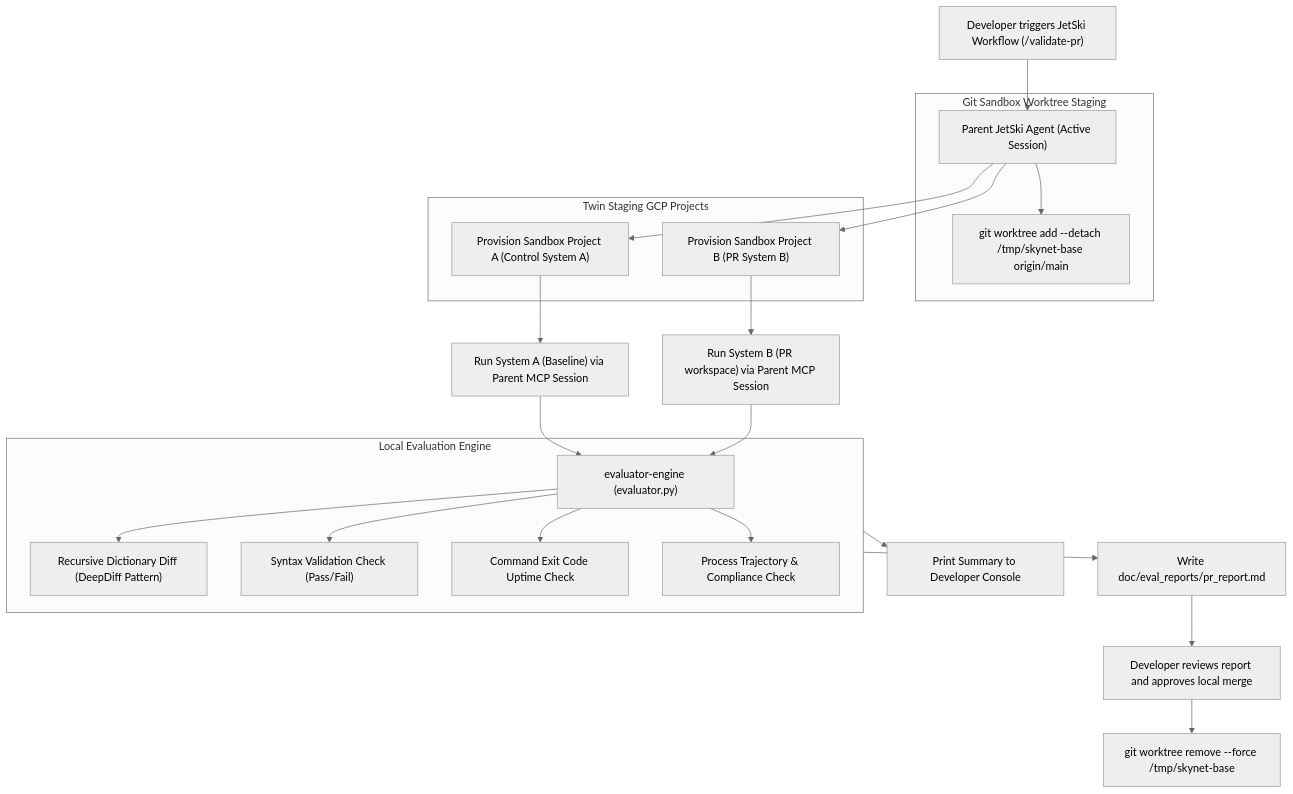
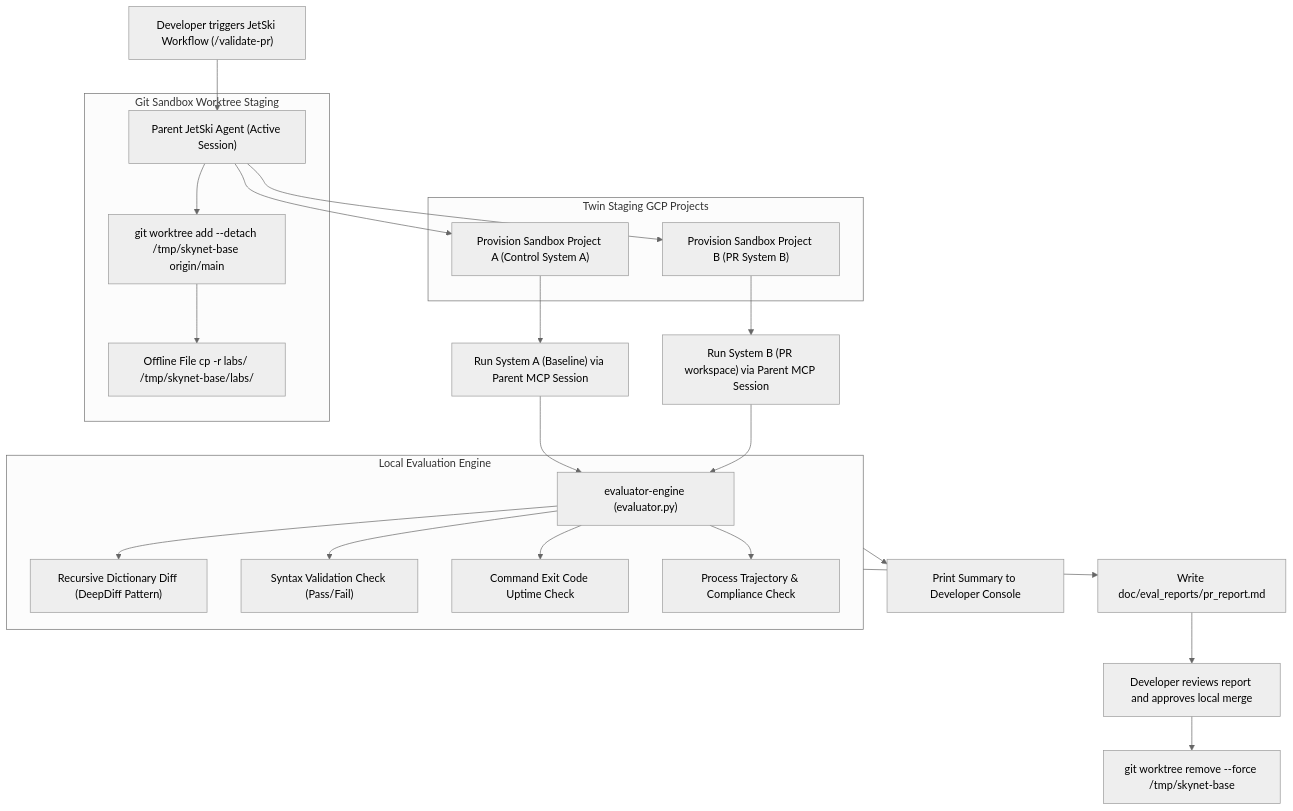
Before and after one commit to avnit/ce-skills: the diagram in doc/prompt_evaluation_system.md, drawn with Mermaid (neutral theme). The commit also changed other lines of this file, not shown here.

````diff
--- a/doc/prompt_evaluation_system.md
+++ b/doc/prompt_evaluation_system.md
@@ -24,33 +24,34 @@
 ```mermaid
 graph TD
     Developer["Developer triggers JetSki Workflow (/validate-pr)"] --> JetSki_Agent["Parent JetSki Agent (Active Session)"]
     
     subgraph Git_Isolation [Git Sandbox Worktree Staging]
         JetSki_Agent --> Worktree["git worktree add --detach /tmp/skynet-base origin/main"]
+        Worktree --> Staging_Copy["Offline File cp -r labs/ /tmp/skynet-base/labs/"]
     end
     
     subgraph Twin_GCP_Sandbox [Twin Staging GCP Projects]
         JetSki_Agent --> GCP_Proj_A["Provision Sandbox Project A (Control System A)"]
         JetSki_Agent --> GCP_Proj_B["Provision Sandbox Project B (PR System B)"]
     end
     
     GCP_Proj_A --> Runs_A["Run System A (Baseline) via Parent MCP Session"]
     GCP_Proj_B --> Runs_B["Run System B (PR workspace) via Parent MCP Session"]
     
     Runs_A --> Evaluator["evaluator-engine (evaluator.py)"]
     Runs_B --> Evaluator
     
     subgraph Evaluation_Metrics [Local Evaluation Engine]
         Evaluator --> Dict_Diff["Recursive Dictionary Diff (DeepDiff Pattern)"]
         Evaluator --> Syntax_Check["Syntax Validation Check (Pass/Fail)"]
         Evaluator --> Exit_Check["Command Exit Code Uptime Check"]
         Evaluator --> Trajectory_Check["Process Trajectory & Compliance Check"]
     end
     
     Evaluation_Metrics --> Gen_Reports["Write doc/eval_reports/pr_report.md"]
     Evaluation_Metrics --> Terminal_Summary["Print Summary to Developer Console"]
     
     Gen_Reports --> Developer_Approval["Developer reviews report and approves local merge"]
     
     Developer_Approval --> Teardown["git worktree remove --force /tmp/skynet-base"]
 ```
````
